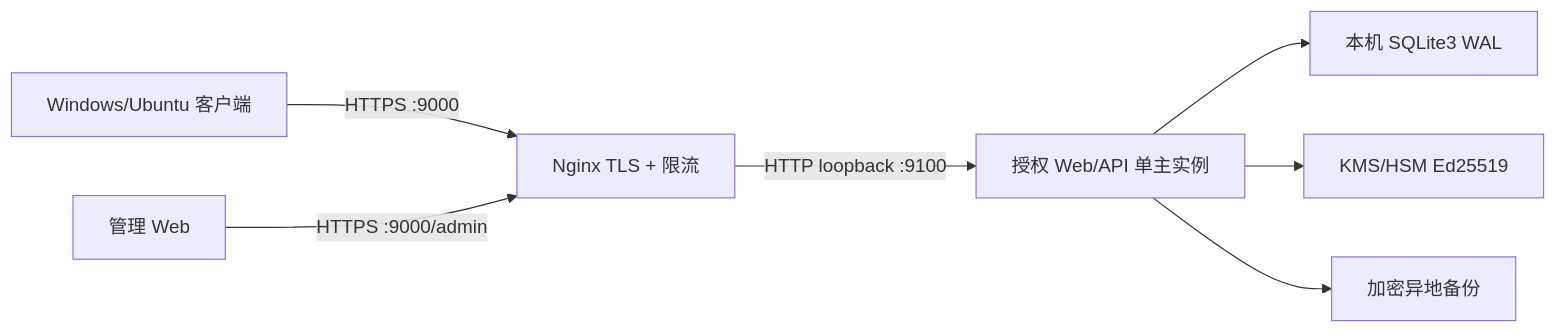
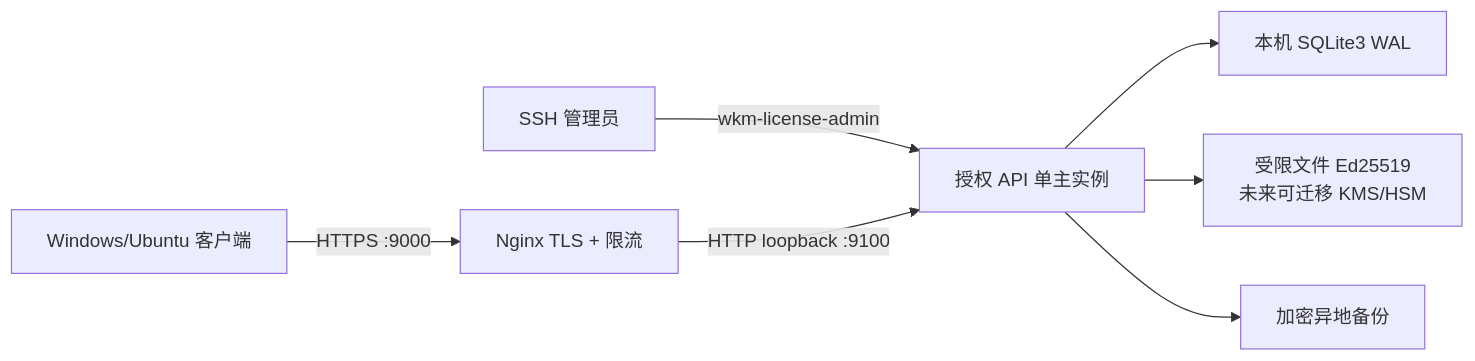
Before and after one commit to gladlyknow/WeChatMemory-LicenseServer: the diagram in docs/DEPLOYMENT_104.224.90.172.md, drawn with Mermaid. The commit also changed other lines of this file and 12 other files, not shown here.

````diff
--- a/docs/DEPLOYMENT_104.224.90.172.md
+++ b/docs/DEPLOYMENT_104.224.90.172.md
@@ -12,9 +13,9 @@
 ```mermaid
 flowchart LR
     Client["Windows/Ubuntu 客户端"] -->|"HTTPS :9000"| Proxy["Nginx TLS + 限流"]
-    Admin["管理 Web"] -->|"HTTPS :9000/admin"| Proxy
-    Proxy -->|"HTTP loopback :9100"| API["授权 Web/API 单主实例"]
+    Admin["SSH 管理员"] -->|"wkm-license-admin"| API["授权 API 单主实例"]
+    Proxy -->|"HTTP loopback :9100"| API
     API --> DB["本机 SQLite3 WAL"]
-    API --> KMS["KMS/HSM Ed25519"]
+    API --> Key["受限文件 Ed25519<br/>未来可迁移 KMS/HSM"]
     API --> Backup["加密异地备份"]
 ```
````
